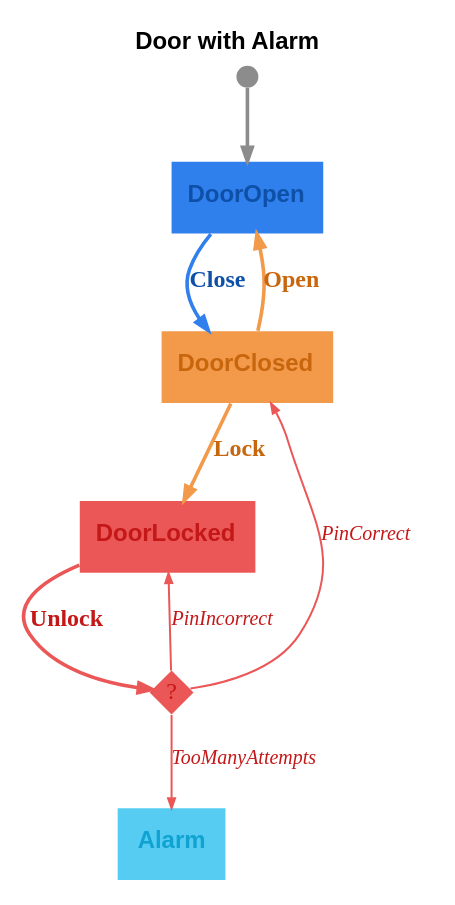
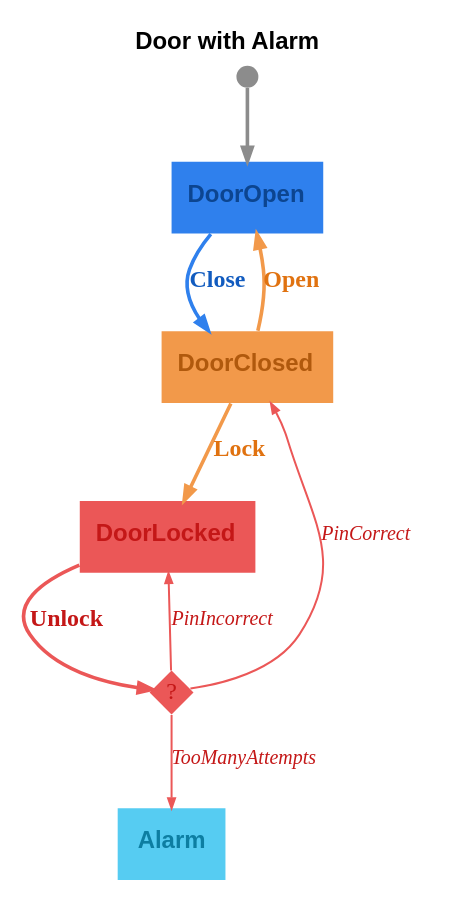
One commit to m-bock/purescript-transit changed the diagram in graphs/door-with-alarm.dot. Above: the diagram before and after it, drawn with Graphviz. The commit also changed 18 other files, not shown here.

```diff
--- a/graphs/door-with-alarm.dot
+++ b/graphs/door-with-alarm.dot
@@ -1,18 +1,18 @@
 digraph 
 {
-rankdir = "TD";fontname = "Arial";label = <<b>Door with Alarm</b>>;labelloc = "t";fontsize = 12
-DoorOpen [shape = "box", label = <<b>DoorOpen</b>>, fontsize = 12, style = "filled", fillcolor = "#2f80ed", fontcolor = "#0e50a8", fontname = "Arial", labelloc = "c", penwidth = 0.0]
+rankdir = "TD";fontname = "Arial";label = <<b>Door with Alarm</b>>;labelloc = "t";fontsize = 12;bgcolor = "#ffffff"
+DoorOpen [shape = "box", label = <<b>DoorOpen</b>>, fontsize = 12, style = "filled", fillcolor = "#2f80ed", fontcolor = "#0c4590", fontname = "Arial", labelloc = "c", penwidth = 0.0]
 __Start__ [shape = "circle", label = "", width = 0.15, height = 0.15, fixedsize = true, style = "filled", fillcolor = "#8c8c8c", penwidth = 0.0]
 __Start__ -> DoorOpen [color = "#8c8c8c", fontsize = 12, arrowsize = "0.7", penwidth = 1.8]
-DoorOpen -> DoorClosed [color = "#2f80ed", fontcolor = "#0e50a8", fontsize = 12, arrowsize = "0.7", label = <<b>Close</b>>, penwidth = 1.8]
-DoorClosed [shape = "box", label = <<b>DoorClosed</b>>, fontsize = 12, style = "filled", fillcolor = "#f2994a", fontcolor = "#c8660e", fontname = "Arial", labelloc = "c", penwidth = 0.0]
-DoorClosed -> DoorOpen [color = "#f2994a", fontcolor = "#c8660e", fontsize = 12, arrowsize = "0.7", label = <<b>Open</b>>, penwidth = 1.8]
-DoorClosed -> DoorLocked [color = "#f2994a", fontcolor = "#c8660e", fontsize = 12, arrowsize = "0.7", label = <<b>Lock</b>>, penwidth = 1.8]
+DoorOpen -> DoorClosed [color = "#2f80ed", fontcolor = "#115bbf", fontsize = 12, arrowsize = "0.7", label = <<b>Close</b>>, penwidth = 1.8]
+DoorClosed [shape = "box", label = <<b>DoorClosed</b>>, fontsize = 12, style = "filled", fillcolor = "#f2994a", fontcolor = "#b0590d", fontname = "Arial", labelloc = "c", penwidth = 0.0]
+DoorClosed -> DoorOpen [color = "#f2994a", fontcolor = "#e07210", fontsize = 12, arrowsize = "0.7", label = <<b>Open</b>>, penwidth = 1.8]
+DoorClosed -> DoorLocked [color = "#f2994a", fontcolor = "#e07210", fontsize = 12, arrowsize = "0.7", label = <<b>Lock</b>>, penwidth = 1.8]
 DoorLocked [shape = "box", label = <<b>DoorLocked</b>>, fontsize = 12, style = "filled", fillcolor = "#eb5757", fontcolor = "#c41717", fontname = "Arial", labelloc = "c", penwidth = 0.0]
 decision_DoorLocked_Unlock [shape = "diamond", label = "?", fontsize = 12, fontcolor = "#c41717", style = "filled", fillcolor = "#eb5757", penwidth = 0.0, fixedsize = true, width = 0.3, height = 0.3]
 DoorLocked -> decision_DoorLocked_Unlock [color = "#eb5757", fontcolor = "#c41717", fontsize = 12, arrowsize = "0.7", label = <<b>Unlock</b>>, penwidth = 1.8]
 decision_DoorLocked_Unlock -> Alarm [color = "#eb5757", fontcolor = "#c41717", fontsize = 10, arrowsize = "0.5", label = <<i>TooManyAttempts</i>>, penwidth = 1.8, penwidth = 1.0]
 decision_DoorLocked_Unlock -> DoorLocked [color = "#eb5757", fontcolor = "#c41717", fontsize = 10, arrowsize = "0.5", label = <<i>PinIncorrect</i>>, penwidth = 1.8, penwidth = 1.0]
 decision_DoorLocked_Unlock -> DoorClosed [color = "#eb5757", fontcolor = "#c41717", fontsize = 10, arrowsize = "0.5", label = <<i>PinCorrect</i>>, penwidth = 1.8, penwidth = 1.0]
-Alarm [shape = "box", label = <<b>Alarm</b>>, fontsize = 12, style = "filled", fillcolor = "#56ccf2", fontcolor = "#10a3d2", fontname = "Arial", labelloc = "c", penwidth = 0.0]
+Alarm [shape = "box", label = <<b>Alarm</b>>, fontsize = 12, style = "filled", fillcolor = "#56ccf2", fontcolor = "#0d7ea2", fontname = "Arial", labelloc = "c", penwidth = 0.0]
 }
```
